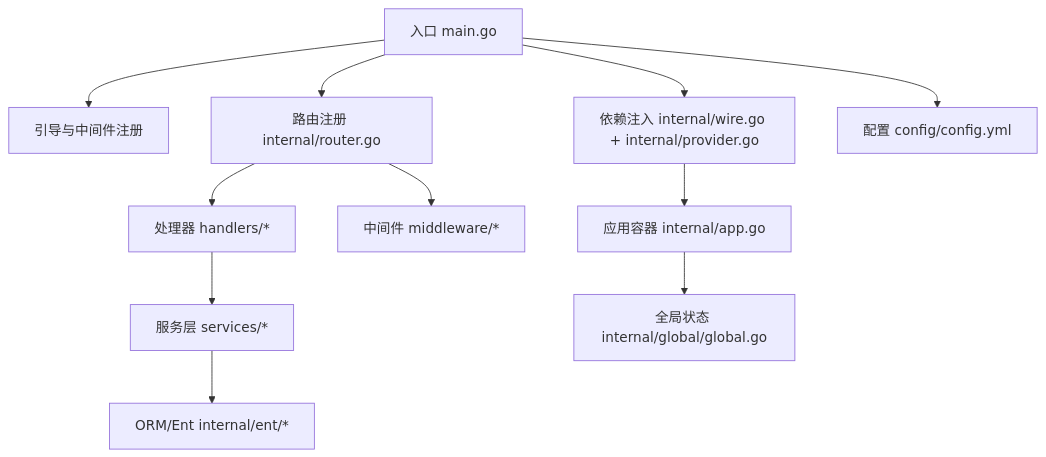
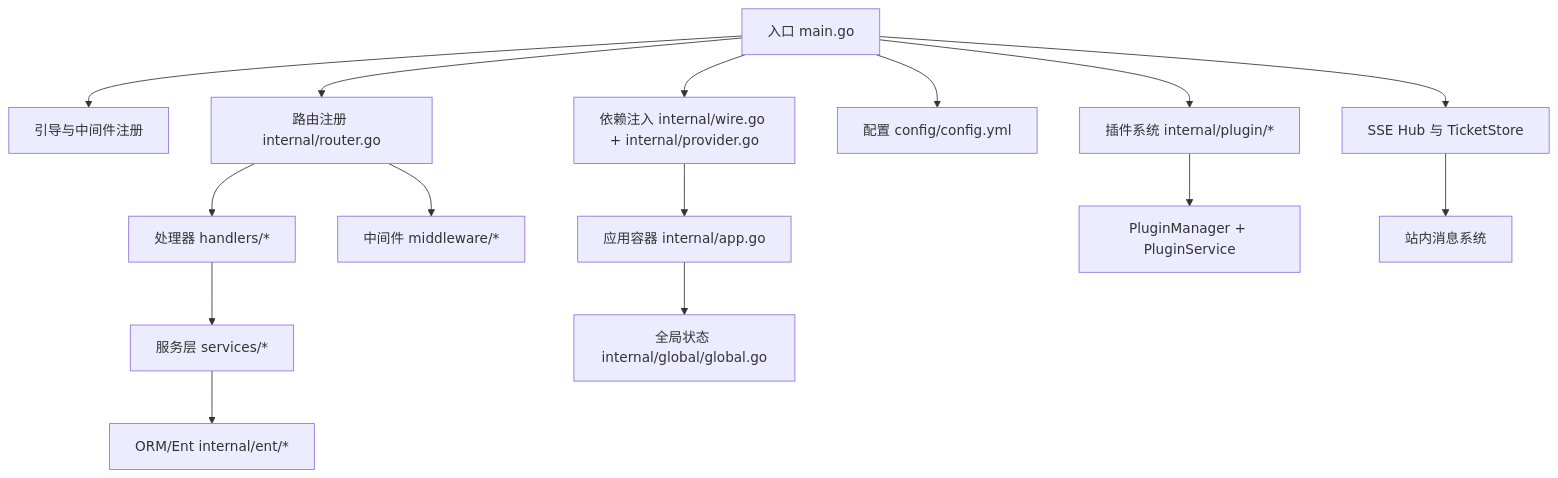
The first of 9 diagrams in .qoder/repowiki/zh/content/扩展开发/扩展开发.md (wuwuseo/e-sports-go-admin), drawn with Mermaid before and after one commit. The commit also changed other lines of this file and 42 other files, not shown here.

````diff
--- a/.qoder/repowiki/zh/content/扩展开发/扩展开发.md
+++ b/.qoder/repowiki/zh/content/扩展开发/扩展开发.md
@@ -45,13 +59,17 @@
 ```mermaid
 graph TB
 A["入口 main.go"] --> B["引导与中间件注册"]
 A --> C["路由注册 internal/router.go"]
 C --> D["处理器 handlers/*"]
 C --> E["中间件 middleware/*"]
 D --> F["服务层 services/*"]
 F --> G["ORM/Ent internal/ent/*"]
 A --> H["依赖注入 internal/wire.go + internal/provider.go"]
 H --> I["应用容器 internal/app.go"]
 I --> J["全局状态 internal/global/global.go"]
 A --> K["配置 config/config.yml"]
+A --> L["插件系统 internal/plugin/*"]
+L --> M["PluginManager + PluginService"]
+A --> N["SSE Hub 与 TicketStore"]
+N --> O["站内消息系统"]
 ```
````
